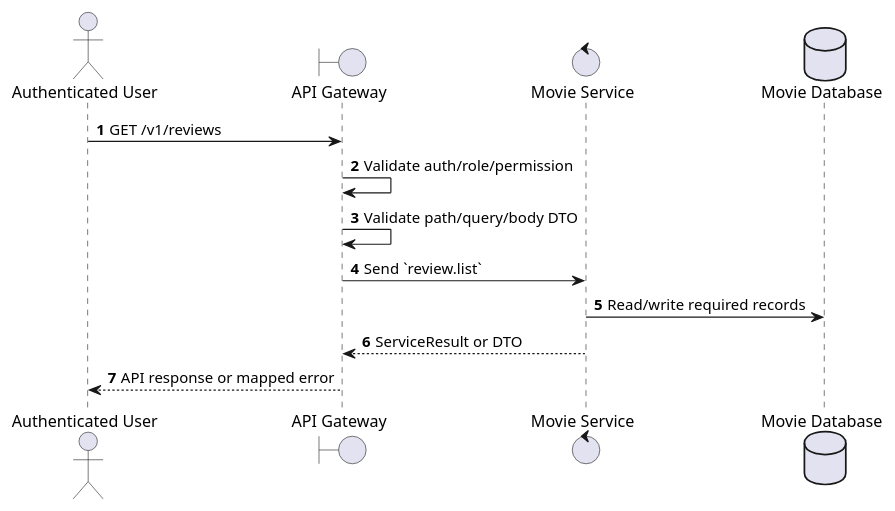
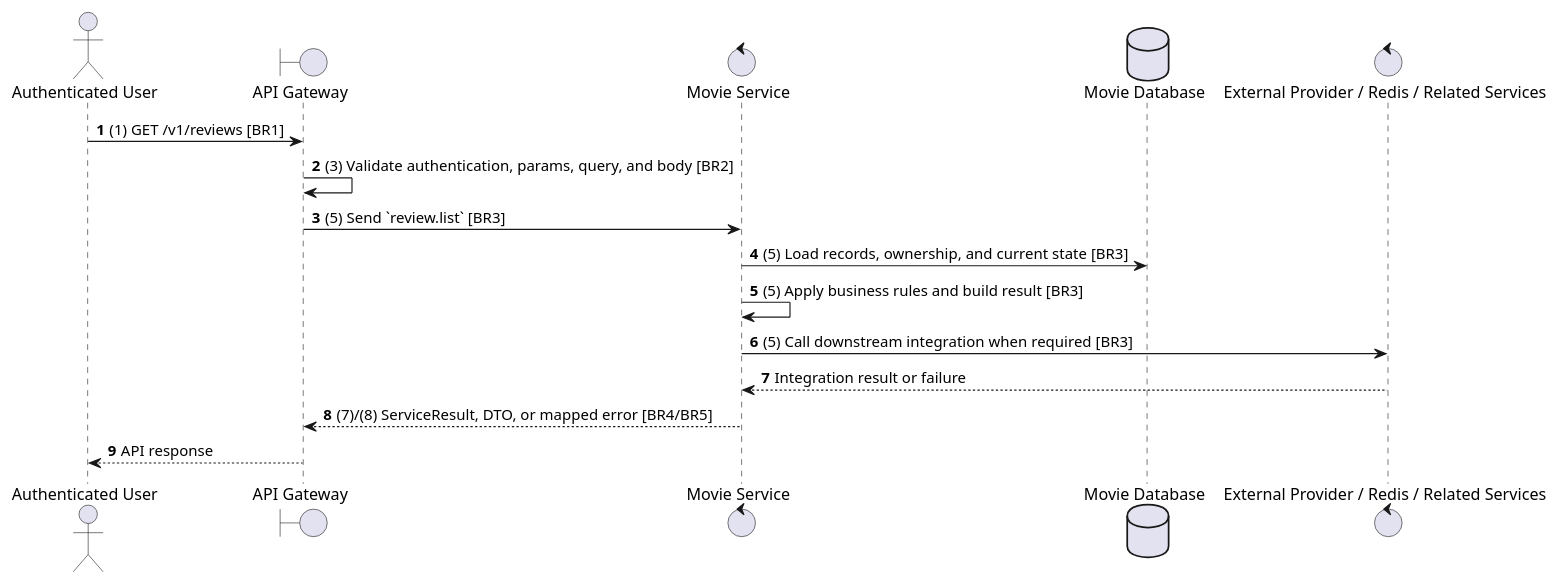
One commit to Tanh1603/movie-hub-architecture changed the second of 2 diagrams in docs/functional_specs/3.3.4_Movie_Reviews/RV-01_List_Reviews.md. Above: the diagram before and after it, drawn with PlantUML. The commit also changed other lines of this file and 129 other files, not shown here.

````diff
--- a/docs/functional_specs/3.3.4_Movie_Reviews/RV-01_List_Reviews.md
+++ b/docs/functional_specs/3.3.4_Movie_Reviews/RV-01_List_Reviews.md
@@ -17,17 +64,20 @@
 ```plantuml
 @startuml
 autonumber
 actor "Authenticated User" as Actor
 boundary "API Gateway" as GW
 control "Movie Service" as SVC
 database "Movie Database" as DB
+control "External Provider / Redis / Related Services" as EXT
 
-Actor -> GW: GET /v1/reviews
-GW -> GW: Validate auth/role/permission
-GW -> GW: Validate path/query/body DTO
-GW -> SVC: Send `review.list`
-SVC -> DB: Read/write required records
-SVC --> GW: ServiceResult or DTO
-GW --> Actor: API response or mapped error
+Actor -> GW: (1) GET /v1/reviews [BR1]
+GW -> GW: (3) Validate authentication, params, query, and body [BR2]
+GW -> SVC: (5) Send `review.list` [BR3]
+SVC -> DB: (5) Load records, ownership, and current state [BR3]
+SVC -> SVC: (5) Apply business rules and build result [BR3]
+SVC -> EXT: (5) Call downstream integration when required [BR3]
+EXT --> SVC: Integration result or failure
+SVC --> GW: (7)/(8) ServiceResult, DTO, or mapped error [BR4/BR5]
+GW --> Actor: API response
 @enduml
 ```
````
